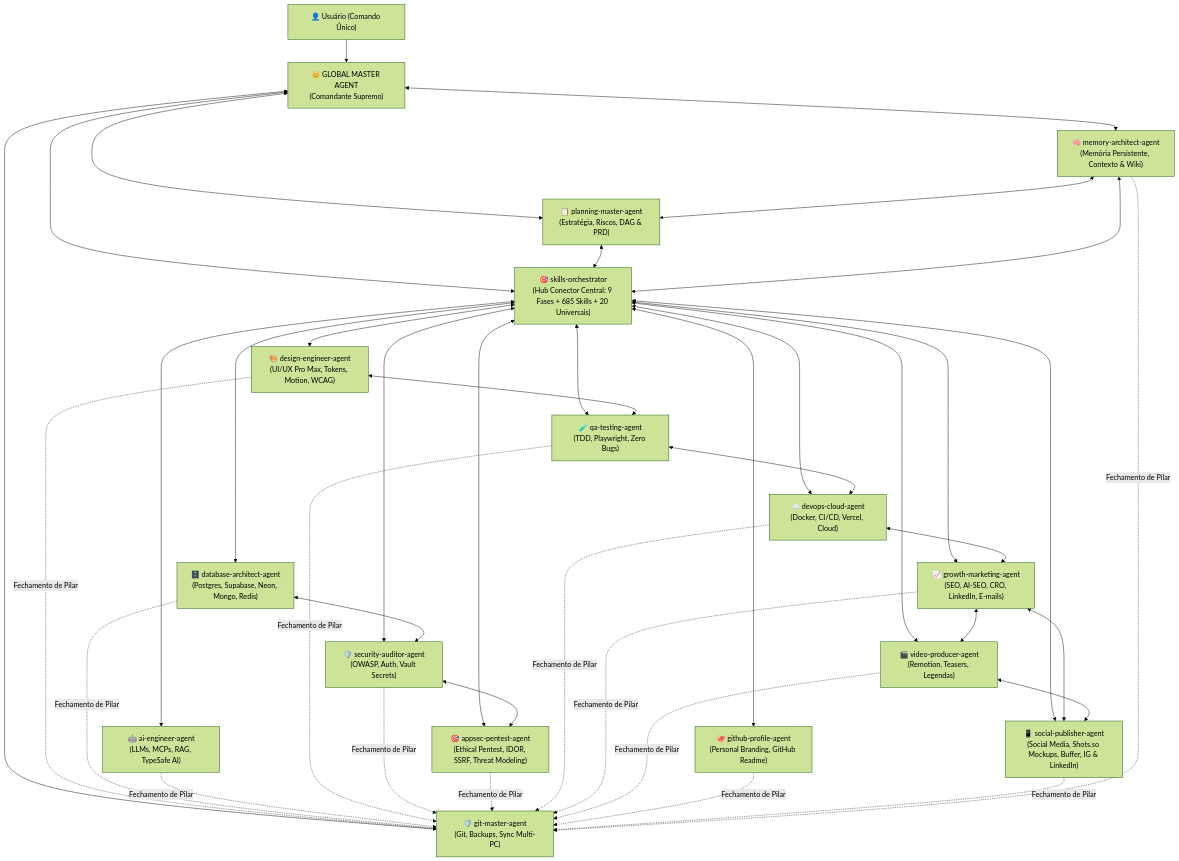
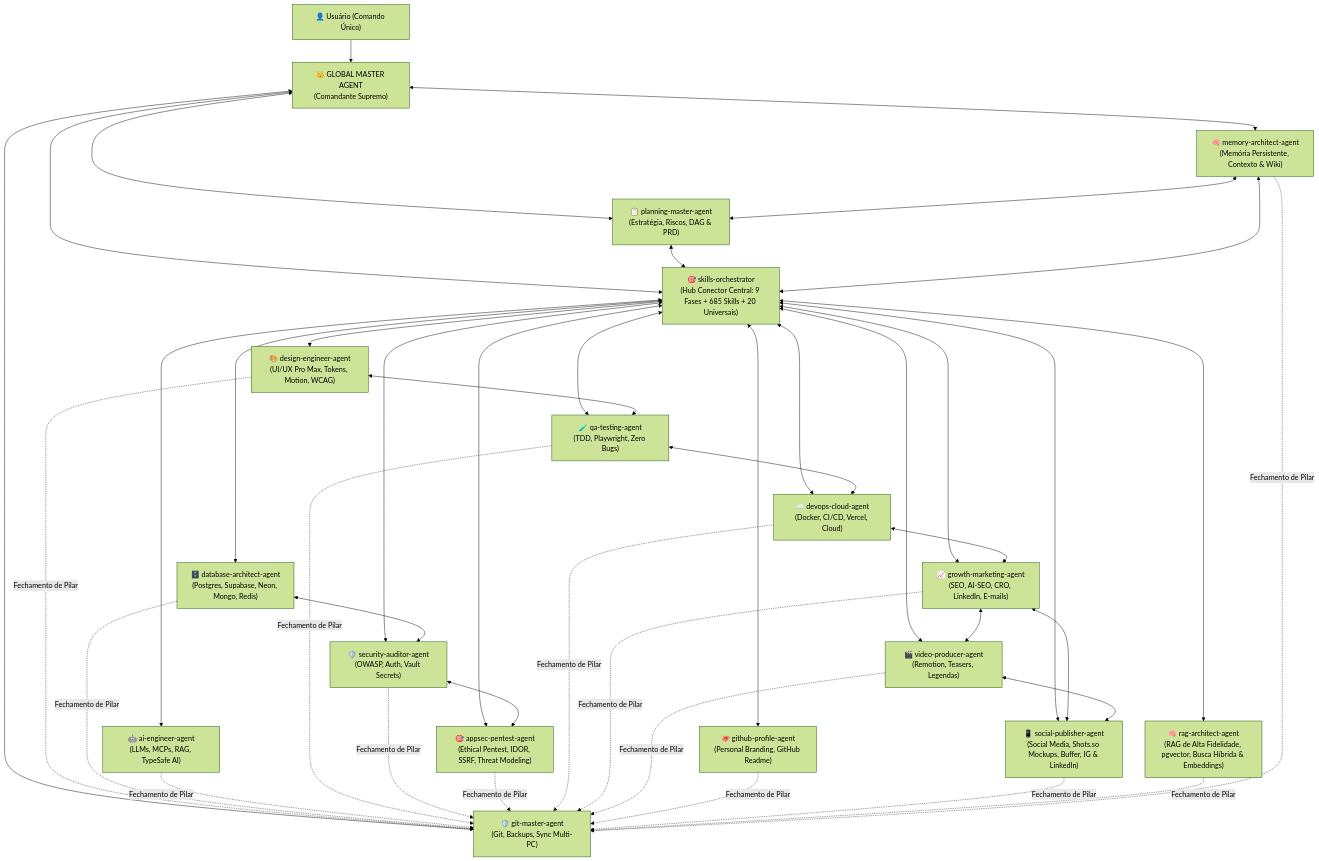
The first of 2 diagrams in custom-agents/global-master-agent.md (Henrique1601/SkiilsToIAs), drawn with Mermaid (forest theme) before and after one commit. The commit also changed other lines of this file and 6 other files, not shown here.

Commit message:
feat(agents): adicionar rag-architect-agent (17 agentes especialistas)

````diff
--- a/custom-agents/global-master-agent.md
+++ b/custom-agents/global-master-agent.md
@@ -74,48 +74,50 @@
 ```mermaid
 flowchart TD
     User["👤 Usuário (Comando Único)"] --> GMA["👑 GLOBAL MASTER AGENT<br/>(Comandante Supremo)"]
     
     GMA <--> PLAN["📋 planning-master-agent<br/>(Estratégia, Riscos, DAG & PRD)"]
     GMA <--> MEM["🧠 memory-architect-agent<br/>(Memória Persistente, Contexto & Wiki)"]
     GMA <--> ORCH["🎯 skills-orchestrator<br/>(Hub Conector Central: 9 Fases + 685 Skills + 20 Universais)"]
     GMA <--> GIT["🛡️ git-master-agent<br/>(Git, Backups, Sync Multi-PC)"]
 
     PLAN <--> ORCH
     MEM <--> ORCH
     MEM <--> PLAN
 
     ORCH <--> UI["🎨 design-engineer-agent<br/>(UI/UX Pro Max, Tokens, Motion, WCAG)"]
     ORCH <--> DB["🗄️ database-architect-agent<br/>(Postgres, Supabase, Neon, Mongo, Redis)"]
     ORCH <--> AI["🤖 ai-engineer-agent<br/>(LLMs, MCPs, RAG, TypeSafe AI)"]
     ORCH <--> QA["🧪 qa-testing-agent<br/>(TDD, Playwright, Zero Bugs)"]
     ORCH <--> SEC["🛡️ security-auditor-agent<br/>(OWASP, Auth, Vault Secrets)"]
     ORCH <--> PENTEST["🎯 appsec-pentest-agent<br/>(Ethical Pentest, IDOR, SSRF, Threat Modeling)"]
     SEC <--> PENTEST
     ORCH <--> CLOUD["☁️ devops-cloud-agent<br/>(Docker, CI/CD, Vercel, Cloud)"]
     ORCH <--> GROWTH["📈 growth-marketing-agent<br/>(SEO, AI-SEO, CRO, LinkedIn, E-mails)"]
     ORCH <--> VIDEO["🎬 video-producer-agent<br/>(Remotion, Teasers, Legendas)"]
     ORCH <--> PROFILE["🐙 github-profile-agent<br/>(Personal Branding, GitHub Readme)"]
     ORCH <--> SOCIAL["📱 social-publisher-agent<br/>(Social Media, Shots.so Mockups, Buffer, IG & LinkedIn)"]
+    ORCH <--> RAG["🧠 rag-architect-agent<br/>(RAG de Alta Fidelidade, pgvector, Busca Híbrida & Embeddings)"]
 
     DB <--> SEC
     UI <--> QA
     QA <--> CLOUD
     CLOUD <--> GROWTH
     GROWTH <--> VIDEO
     GROWTH <--> SOCIAL
     VIDEO <--> SOCIAL
 
     %% Portão Obrigatório Final
     UI -.->|Fechamento de Pilar| GIT
     DB -.->|Fechamento de Pilar| GIT
     AI -.->|Fechamento de Pilar| GIT
     QA -.->|Fechamento de Pilar| GIT
     SEC -.->|Fechamento de Pilar| GIT
     PENTEST -.->|Fechamento de Pilar| GIT
     CLOUD -.->|Fechamento de Pilar| GIT
     GROWTH -.->|Fechamento de Pilar| GIT
     VIDEO -.->|Fechamento de Pilar| GIT
     PROFILE -.->|Fechamento de Pilar| GIT
     SOCIAL -.->|Fechamento de Pilar| GIT
+    RAG -.->|Fechamento de Pilar| GIT
     MEM -.->|Fechamento de Pilar| GIT
 ```
````
